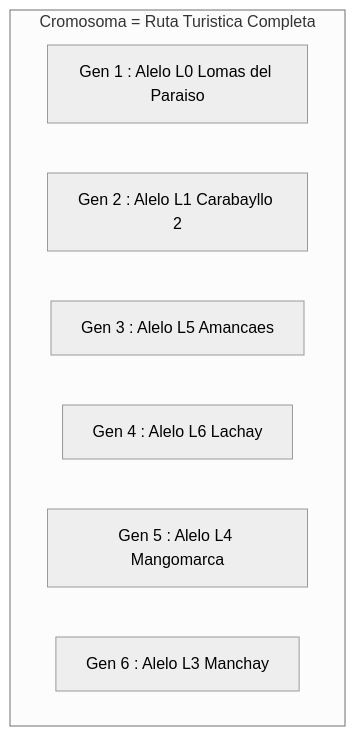
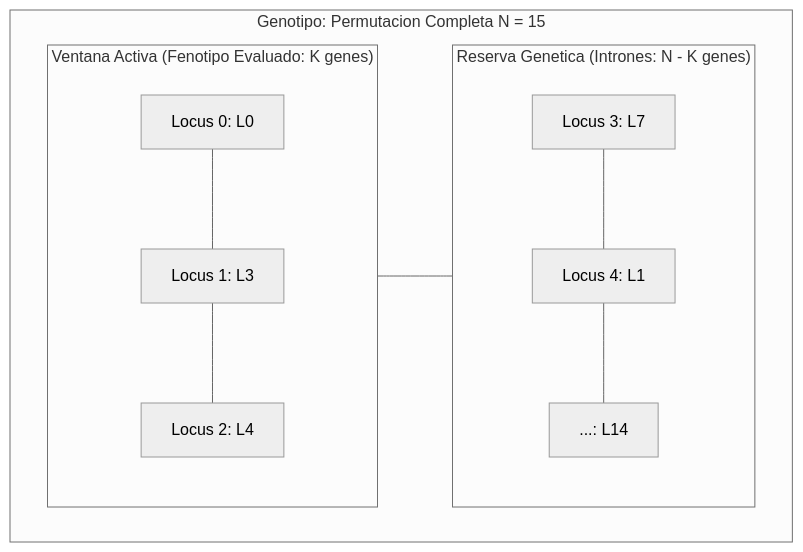
The fifth of 8 diagrams in README.md (angel4luu/si-project-unmsm), drawn with Mermaid (neutral theme) before and after one commit. The commit also changed other lines of this file and 6 other files, not shown here.

````diff
--- a/README.md
+++ b/README.md
@@ -423,12 +429,13 @@
 ```mermaid
-flowchart TB
-    subgraph Cromosoma["Cromosoma = Ruta Turistica Completa"]
+flowchart LR
+    subgraph Genotipo["Genotipo: Permutacion Completa N = 15"]
         direction LR
-        G1["Gen 1 : Alelo L0 Lomas del Paraiso"]
-        G2["Gen 2 : Alelo L1 Carabayllo 2"]
-        G3["Gen 3 : Alelo L5 Amancaes"]
-        G4["Gen 4 : Alelo L6 Lachay"]
-        G5["Gen 5 : Alelo L4 Mangomarca"]
-        G6["Gen 6 : Alelo L3 Manchay"]
+        subgraph Activos["Ventana Activa (Fenotipo Evaluado: K genes)"]
+            G1["Locus 0: L0"] --- G2["Locus 1: L3"] --- G3["Locus 2: L4"]
+        end
+        subgraph Reserva["Reserva Genetica (Intrones: N - K genes)"]
+            G4["Locus 3: L7"] --- G5["Locus 4: L1"] --- G6["...: L14"]
+        end
+        Activos --- Reserva
     end
 ```
````
